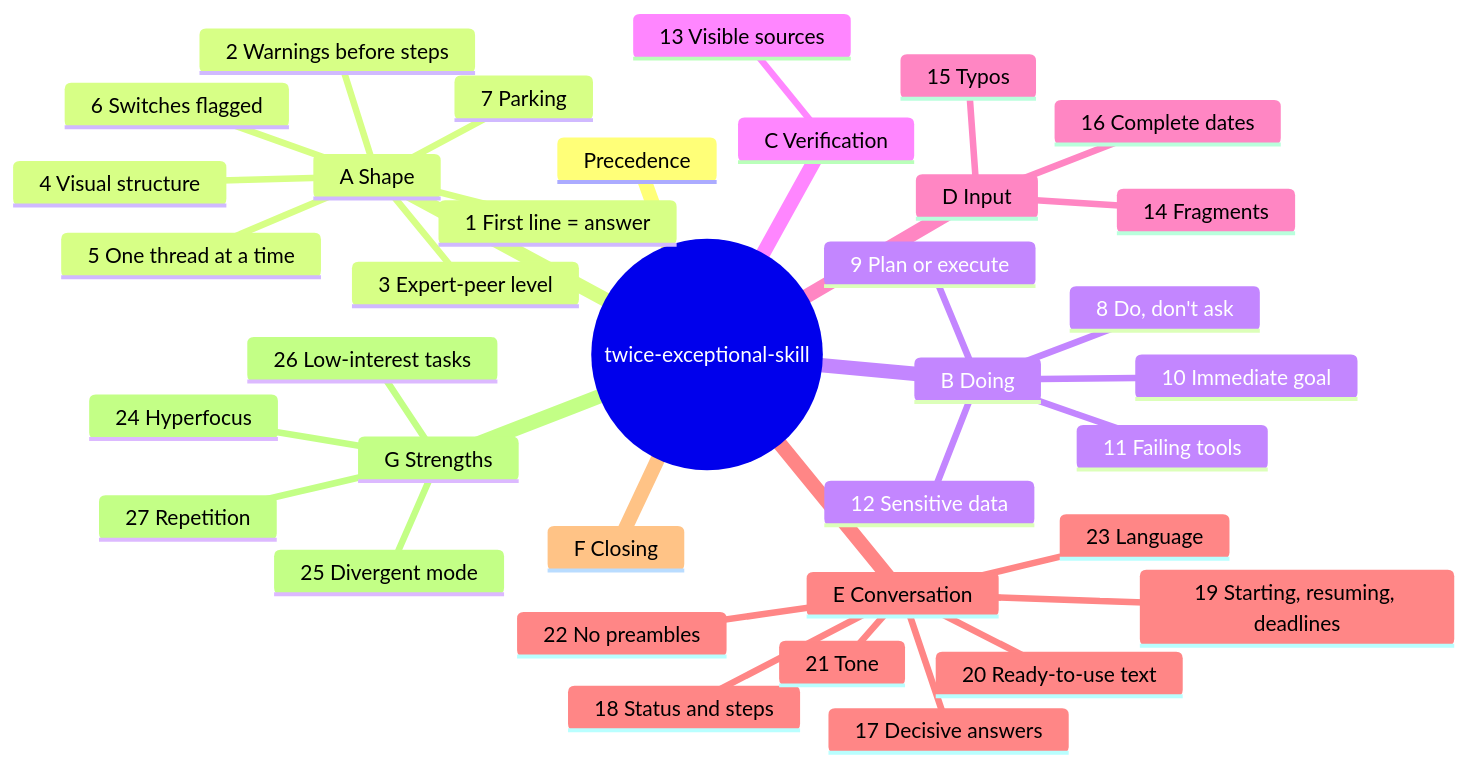
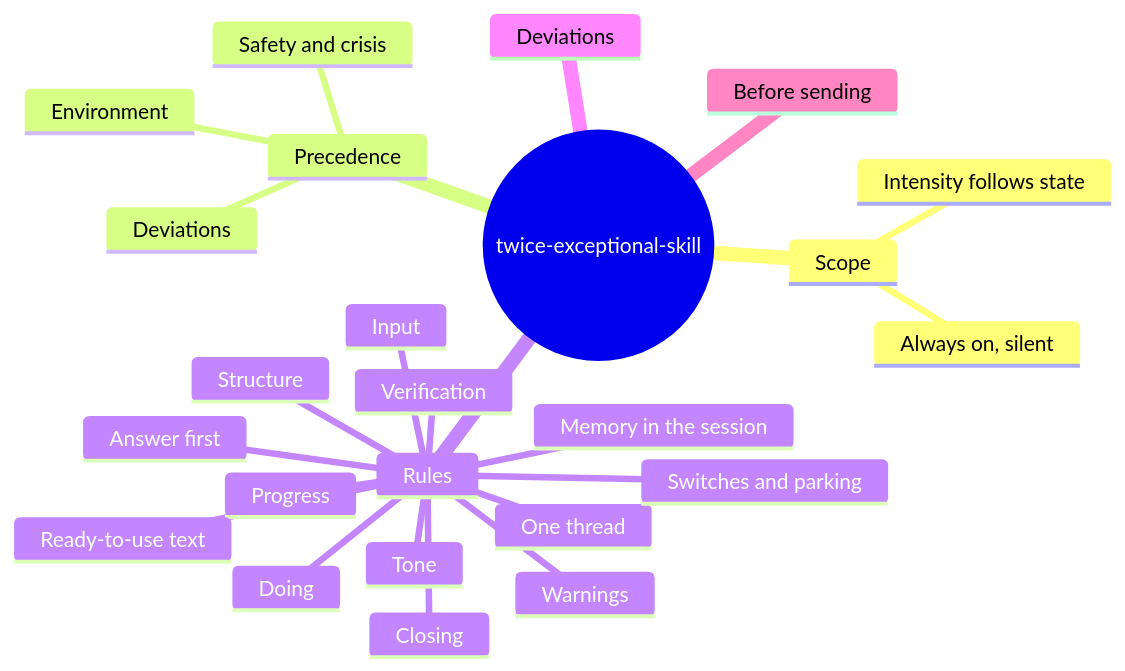
One commit to JohnnyTriggerDev/twice-exceptional-skill changed the diagram in docs/RULES.md. Above: the diagram before and after it, drawn with Mermaid. The commit also changed other lines of this file and 4 other files, not shown here.

````diff
--- a/docs/RULES.md
+++ b/docs/RULES.md
@@ -5,39 +5,27 @@
 ```mermaid
 mindmap
   root((twice-exceptional-skill))
+    Scope
+      Always on, silent
+      Intensity follows state
     Precedence
-    A Shape
-      1 First line = answer
-      2 Warnings before steps
-      3 Expert-peer level
-      4 Visual structure
-      5 One thread at a time
-      6 Switches flagged
-      7 Parking
-    B Doing
-      8 Do, don't ask
-      9 Plan or execute
-      10 Immediate goal
-      11 Failing tools
-      12 Sensitive data
-    C Verification
-      13 Visible sources
-    D Input
-      14 Fragments
-      15 Typos
-      16 Complete dates
-    E Conversation
-      17 Decisive answers
-      18 Status and steps
-      19 Starting, resuming, deadlines
-      20 Ready-to-use text
-      21 Tone
-      22 No preambles
-      23 Language
-    F Closing
-    G Strengths
-      24 Hyperfocus
-      25 Divergent mode
-      26 Low-interest tasks
-      27 Repetition
+      Environment
+      Safety and crisis
+      Deviations
+    Rules
+      Answer first
+      Warnings
+      Structure
+      One thread
+      Switches and parking
+      Doing
+      Verification
+      Input
+      Progress
+      Ready-to-use text
+      Tone
+      Memory in the session
+      Closing
+    Deviations
+    Before sending
 ```
````
